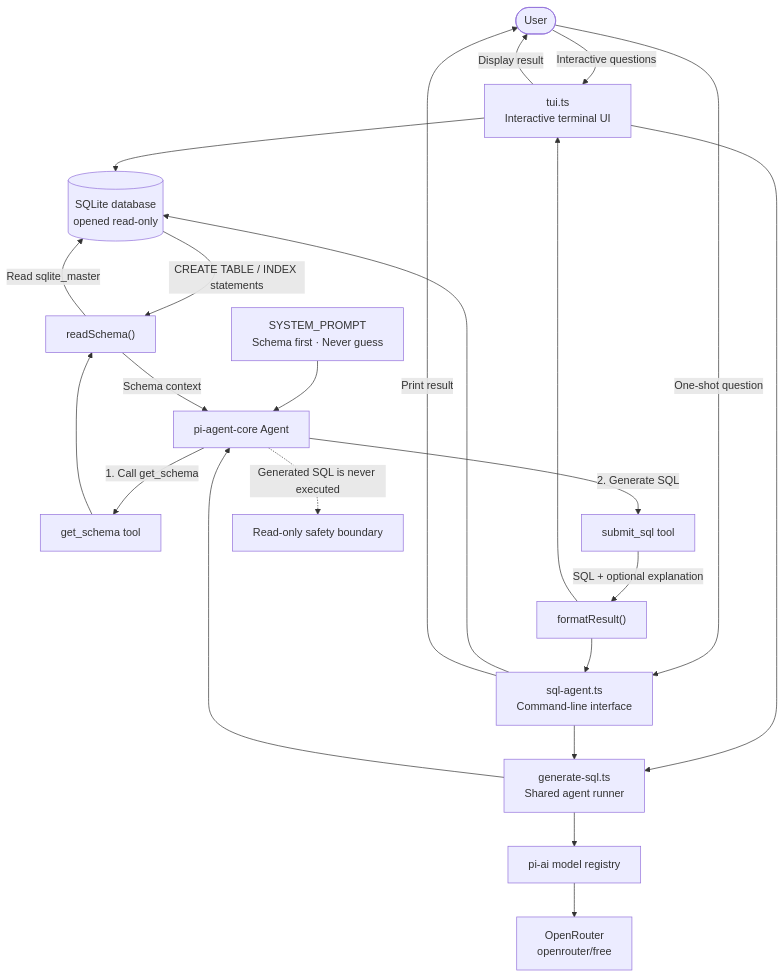
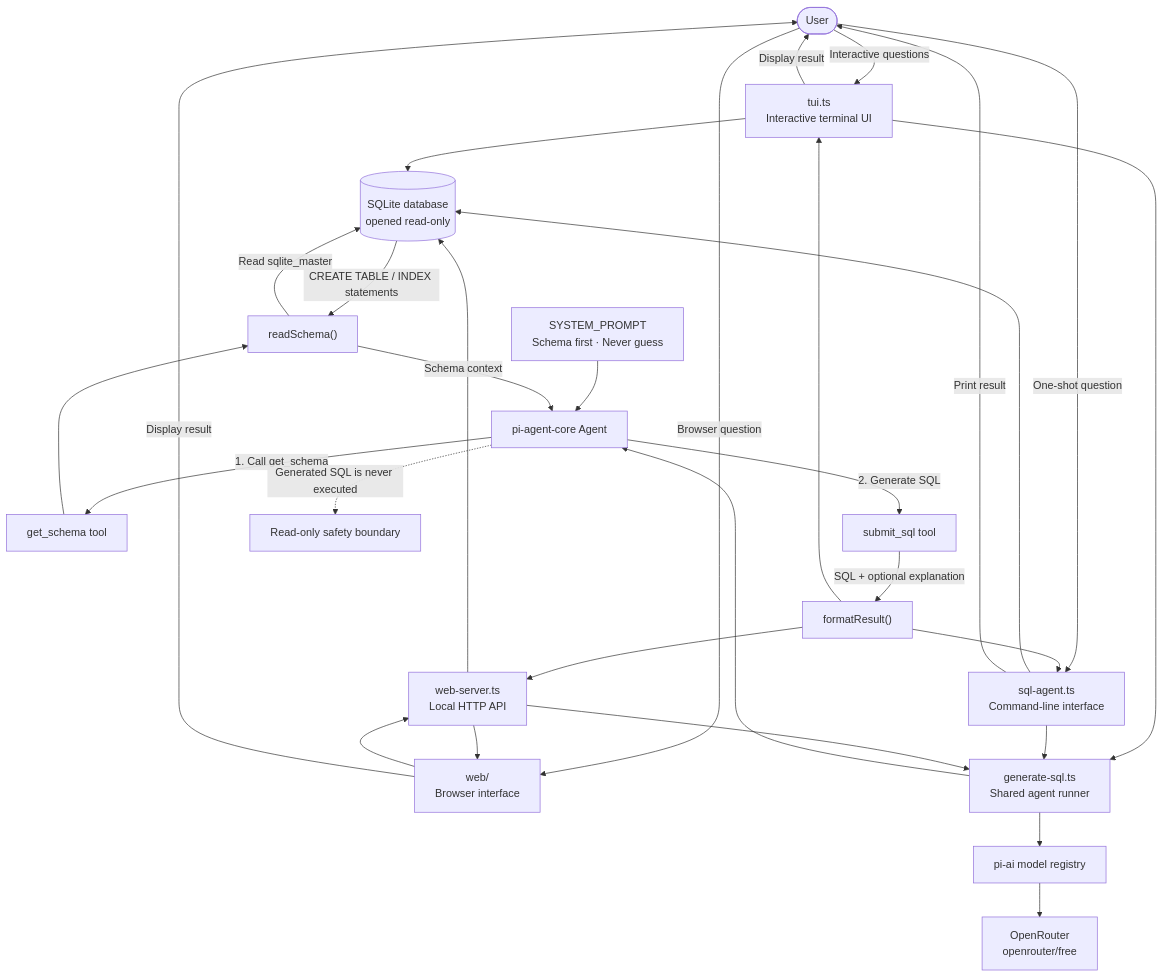
The diagram in README.md (SASUKE40/playground), drawn with Mermaid before and after one commit. The commit also changed other lines of this file and 10 other files, not shown here.

Commit message:
Add SQL agent web interface

````diff
--- a/README.md
+++ b/README.md
@@ -19,38 +19,45 @@
 ```mermaid
 flowchart TD
     User([User])
 
     User -->|Interactive questions| TUI["tui.ts<br/>Interactive terminal UI"]
     User -->|One-shot question| CLI["sql-agent.ts<br/>Command-line interface"]
+    User -->|Browser question| Web["web/<br/>Browser interface"]
 
     TUI --> DB
     CLI --> DB
     TUI --> Runner
     CLI --> Runner
+    Web --> Server["web-server.ts<br/>Local HTTP API"]
+    Server --> DB
+    Server --> Runner
 
     DB[("SQLite database<br/>opened read-only")]
 
     Runner["generate-sql.ts<br/>Shared agent runner"]
     Runner --> Models["pi-ai model registry"]
     Models --> OpenRouter["OpenRouter<br/>openrouter/free"]
     Runner --> Agent["pi-agent-core Agent"]
 
     Prompt["SYSTEM_PROMPT<br/>Schema first · Never guess"]
     Prompt --> Agent
 
     Agent -->|1. Call get_schema| SchemaTool["get_schema tool"]
     SchemaTool --> ReadSchema["readSchema()"]
     ReadSchema -->|Read sqlite_master| DB
     DB -->|CREATE TABLE / INDEX statements| ReadSchema
     ReadSchema -->|Schema context| Agent
 
     Agent -->|2. Generate SQL| SubmitTool["submit_sql tool"]
     SubmitTool -->|SQL + optional explanation| Formatter["formatResult()"]
 
     Formatter --> TUI
     Formatter --> CLI
+    Formatter --> Server
     TUI -->|Display result| User
     CLI -->|Print result| User
+    Server --> Web
+    Web -->|Display result| User
 
     Agent -. "Generated SQL is never executed" .-> Safety["Read-only safety boundary"]
 ```
````
